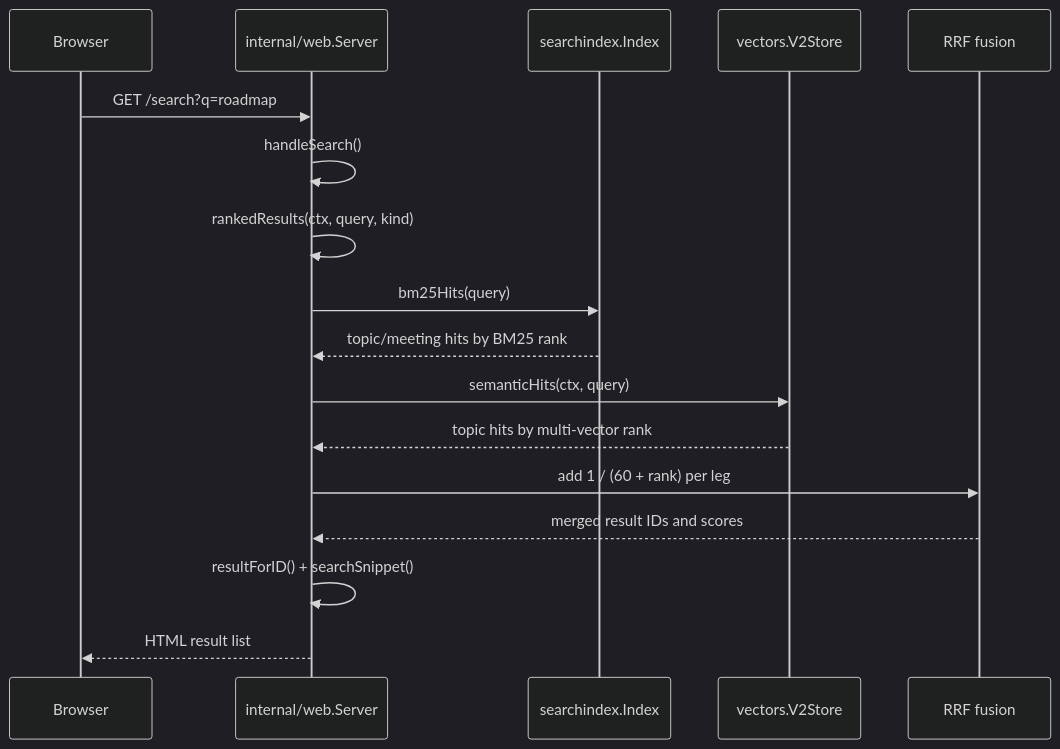
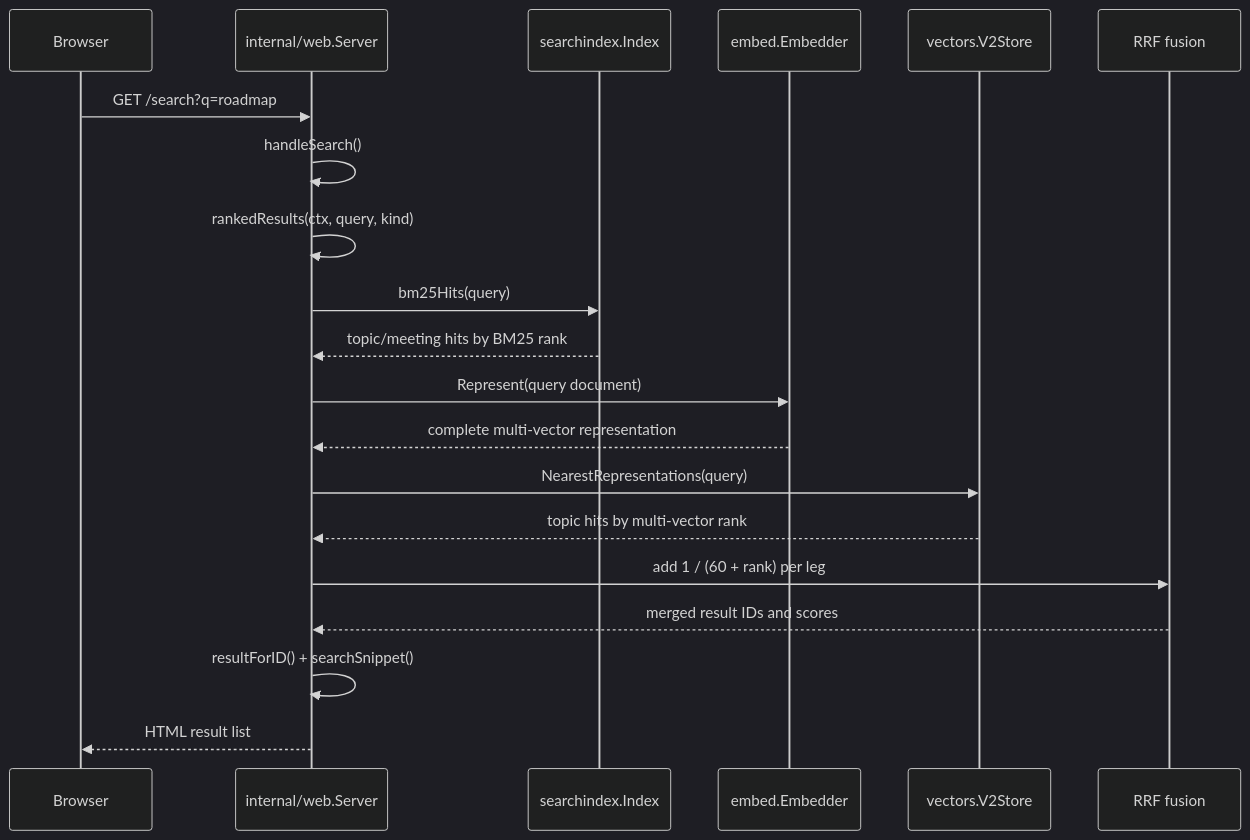
The second of 7 diagrams in docs/search-architecture.md (fernando143/patro), drawn with Mermaid (dark theme) before and after one commit. The commit also changed other lines of this file, not shown here.

Commit message:
docs(search): align diagrams with multi-vector maintenance

````diff
--- a/docs/search-architecture.md
+++ b/docs/search-architecture.md
@@ -39,20 +41,23 @@
 ```mermaid
 sequenceDiagram
     participant B as Browser
     participant W as internal/web.Server
     participant I as searchindex.Index
+    participant E as embed.Embedder
     participant V as vectors.V2Store
     participant F as RRF fusion
 
     B->>W: GET /search?q=roadmap
     W->>W: handleSearch()
     W->>W: rankedResults(ctx, query, kind)
     W->>I: bm25Hits(query)
     I-->>W: topic/meeting hits by BM25 rank
-    W->>V: semanticHits(ctx, query)
+    W->>E: Represent(query document)
+    E-->>W: complete multi-vector representation
+    W->>V: NearestRepresentations(query)
     V-->>W: topic hits by multi-vector rank
     W->>F: add 1 / (60 + rank) per leg
     F-->>W: merged result IDs and scores
     W->>W: resultForID() + searchSnippet()
     W-->>B: HTML result list
 ```
````
